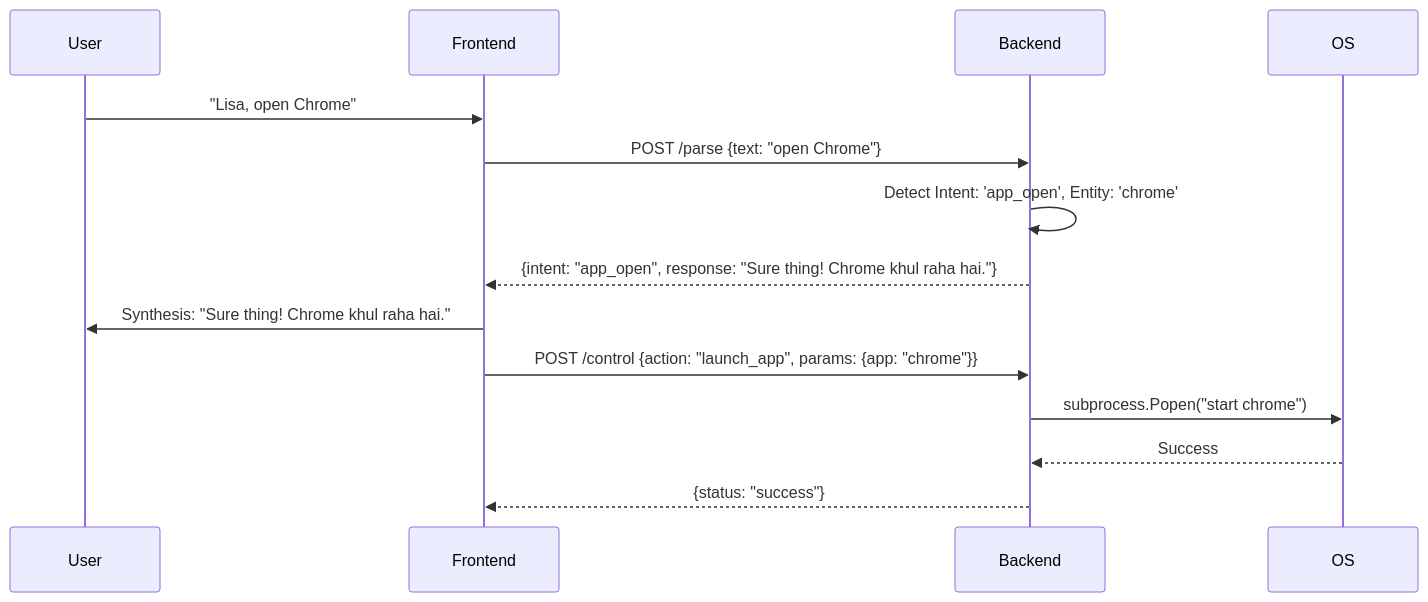
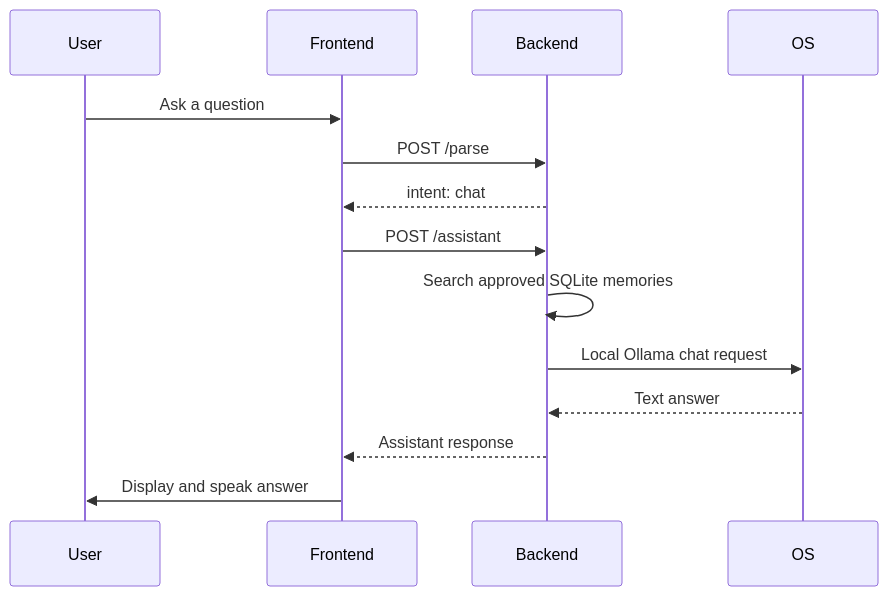
The second of 2 diagrams in maichel/README.md (aaethr/LISA-AI-FULL-CONTROL-GOD-MODE-), drawn with Mermaid before and after one commit. The commit also changed other lines of this file and 19 other files, not shown here.

````diff
--- a/maichel/README.md
+++ b/maichel/README.md
@@ -62,17 +71,17 @@
 ```mermaid
 sequenceDiagram
     participant U as User
     participant F as Frontend
     participant B as Backend
     participant S as OS
     
-    U->>F: "Lisa, open Chrome"
-    F->>B: POST /parse {text: "open Chrome"}
-    B->>B: Detect Intent: 'app_open', Entity: 'chrome'
-    B-->>F: {intent: "app_open", response: "Sure thing! Chrome khul raha hai."}
-    F->>U: Synthesis: "Sure thing! Chrome khul raha hai."
-    F->>B: POST /control {action: "launch_app", params: {app: "chrome"}}
-    B->>S: subprocess.Popen("start chrome")
-    S-->>B: Success
-    B-->>F: {status: "success"}
+    U->>F: Ask a question
+    F->>B: POST /parse
+    B-->>F: intent: chat
+    F->>B: POST /assistant
+    B->>B: Search approved SQLite memories
+    B->>S: Local Ollama chat request
+    S-->>B: Text answer
+    B-->>F: Assistant response
+    F->>U: Display and speak answer
 ```
````
